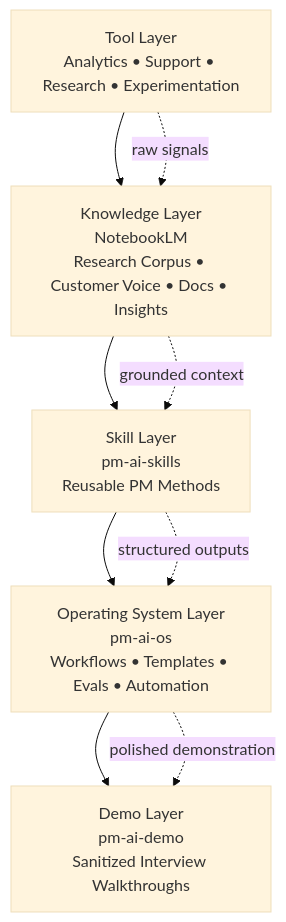
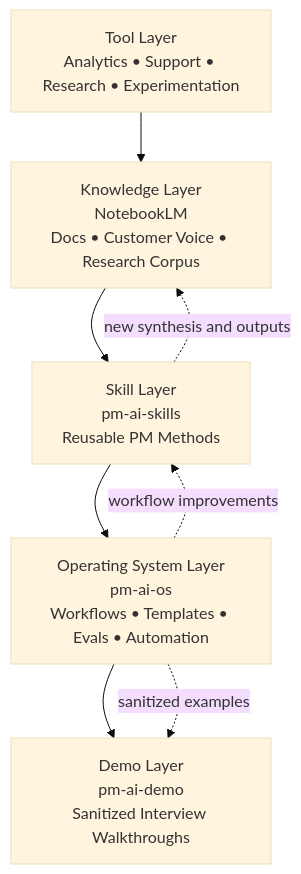
Before and after one commit to VictorMuhu/pm-ai-os: the diagram in 01-architecture/system-diagram.md, drawn with Mermaid (base theme).

Commit message:
Update architecture diagram with revised Mermaid flowchart

````diff
--- a/01-architecture/system-diagram.md
+++ b/01-architecture/system-diagram.md
@@ -3,12 +3,17 @@
 ```mermaid
 flowchart TB
-    A[Tool Layer<br/>Analytics • Support • Research • Experimentation] --> B[Knowledge Layer<br/>NotebookLM<br/>Research Corpus • Customer Voice • Docs • Insights]
-    B --> C[Skill Layer<br/>pm-ai-skills<br/>Reusable PM Methods]
-    C --> D[Operating System Layer<br/>pm-ai-os<br/>Workflows • Templates • Evals • Automation]
-    D --> E[Demo Layer<br/>pm-ai-demo<br/>Sanitized Interview Walkthroughs]
+    A[Tool Layer<br/>Analytics • Support • Research • Experimentation]
+    B[Knowledge Layer<br/>NotebookLM<br/>Docs • Customer Voice • Research Corpus]
+    C[Skill Layer<br/>pm-ai-skills<br/>Reusable PM Methods]
+    D[Operating System Layer<br/>pm-ai-os<br/>Workflows • Templates • Evals • Automation]
+    E[Demo Layer<br/>pm-ai-demo<br/>Sanitized Interview Walkthroughs]
 
-    A -. raw signals .-> B
-    B -. grounded context .-> C
-    C -. structured outputs .-> D
-    D -. polished demonstration .-> E
+    A --> B
+    B --> C
+    C --> D
+    D --> E
+
+    D -. workflow improvements .-> C
+    C -. new synthesis and outputs .-> B
+    D -. sanitized examples .-> E
 ```
````
